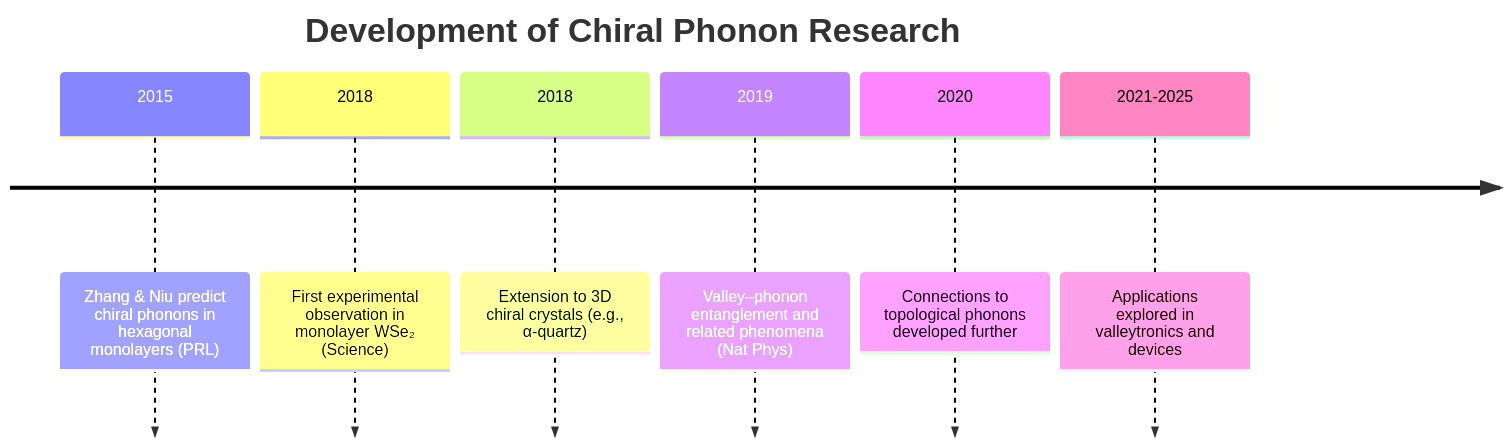
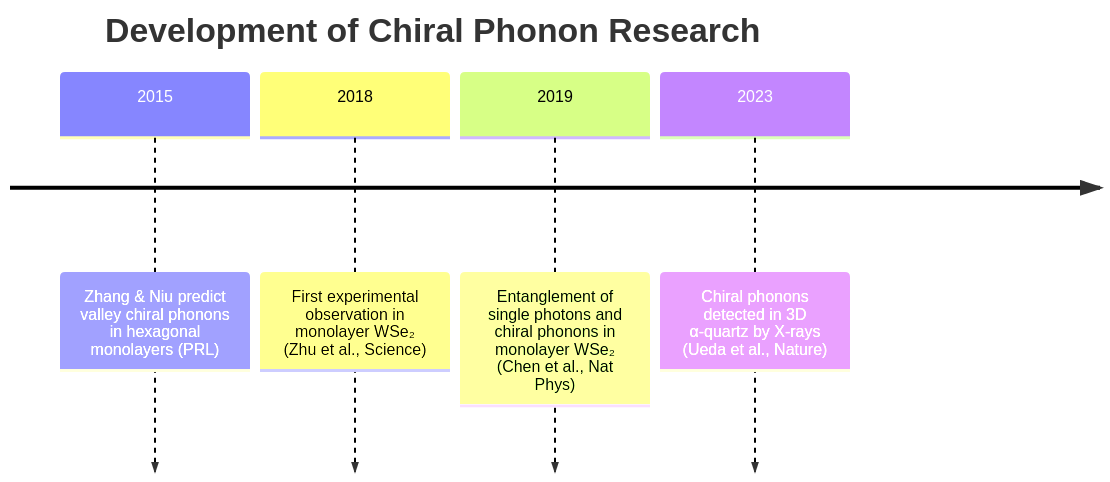
The first of 2 diagrams in knowledge/en/MS/chiral-phonons/chapter-1.md (YusukeHashimotoLab/AI-Knowledge-Notes), drawn with Mermaid before and after one commit. The commit also changed other lines of this file and 151 other files, not shown here.

````diff
--- a/knowledge/en/MS/chiral-phonons/chapter-1.md
+++ b/knowledge/en/MS/chiral-phonons/chapter-1.md
@@ -75,10 +79,8 @@
 ```mermaid
 timeline
     title Development of Chiral Phonon Research
-    2015 : Zhang & Niu predict chiral phonons in hexagonal monolayers (PRL)
-    2018 : First experimental observation in monolayer WSe₂ (Science)
-    2018 : Extension to 3D chiral crystals (e.g., α-quartz)
-    2019 : Valley–phonon entanglement and related phenomena (Nat Phys)
-    2020 : Connections to topological phonons developed further
-    2021-2025 : Applications explored in valleytronics and devices
+    2015 : Zhang & Niu predict valley chiral phonons in hexagonal monolayers (PRL)
+    2018 : First experimental observation in monolayer WSe₂ (Zhu et al., Science)
+    2019 : Entanglement of single photons and chiral phonons in monolayer WSe₂ (Chen et al., Nat Phys)
+    2023 : Chiral phonons detected in 3D α-quartz by X-rays (Ueda et al., Nature)
 ```
````
